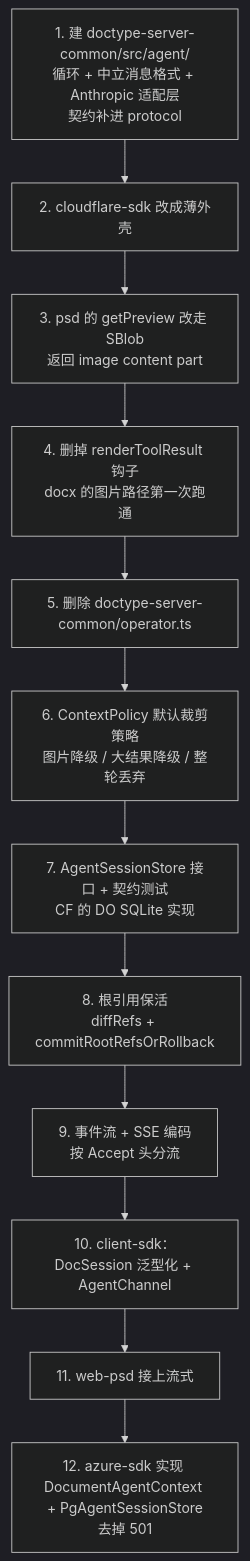
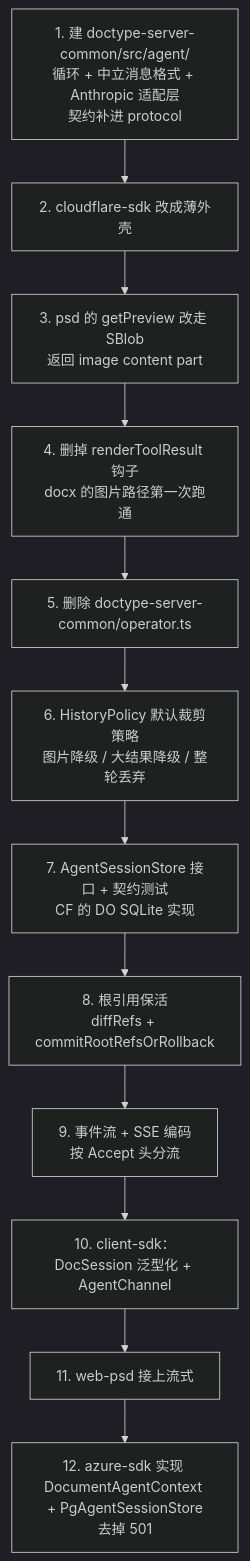
Before and after one commit to shazhou-ww/unidocs: diagram 15 of 15 in docs/superpowers/specs/2026-08-26-agent-sdk-design.md, drawn with Mermaid (dark theme). The commit also changed other lines of this file, not shown here.

First line of the commit message:
docs(agent-sdk): ContextPolicy 改名 HistoryPolicy,避免与 DocumentAgentContext 撞名

````diff
--- a/docs/superpowers/specs/2026-08-26-agent-sdk-design.md
+++ b/docs/superpowers/specs/2026-08-26-agent-sdk-design.md
@@ -1348,14 +1350,14 @@
 ```mermaid
 flowchart TB
     S1["1. 建 doctype-server-common/src/agent/<br/>循环 + 中立消息格式 + Anthropic 适配层<br/>契约补进 protocol"] --> S2["2. cloudflare-sdk 改成薄外壳"]
     S2 --> S3["3. psd 的 getPreview 改走 SBlob<br/>返回 image content part"]
     S3 --> S4["4. 删掉 renderToolResult 钩子<br/>docx 的图片路径第一次跑通"]
     S4 --> S5["5. 删除 doctype-server-common/operator.ts"]
-    S5 --> S6["6. ContextPolicy 默认裁剪策略<br/>图片降级 / 大结果降级 / 整轮丢弃"]
+    S5 --> S6["6. HistoryPolicy 默认裁剪策略<br/>图片降级 / 大结果降级 / 整轮丢弃"]
     S6 --> S7["7. AgentSessionStore 接口 + 契约测试<br/>CF 的 DO SQLite 实现"]
     S7 --> S8["8. 根引用保活<br/>diffRefs + commitRootRefsOrRollback"]
     S8 --> S9["9. 事件流 + SSE 编码<br/>按 Accept 头分流"]
     S9 --> S10["10. client-sdk：DocSession 泛型化 + AgentChannel"]
     S10 --> S11["11. web-psd 接上流式"]
     S11 --> S12["12. azure-sdk 实现 DocumentAgentContext + PgAgentSessionStore<br/>去掉 501"]
 ```
````
